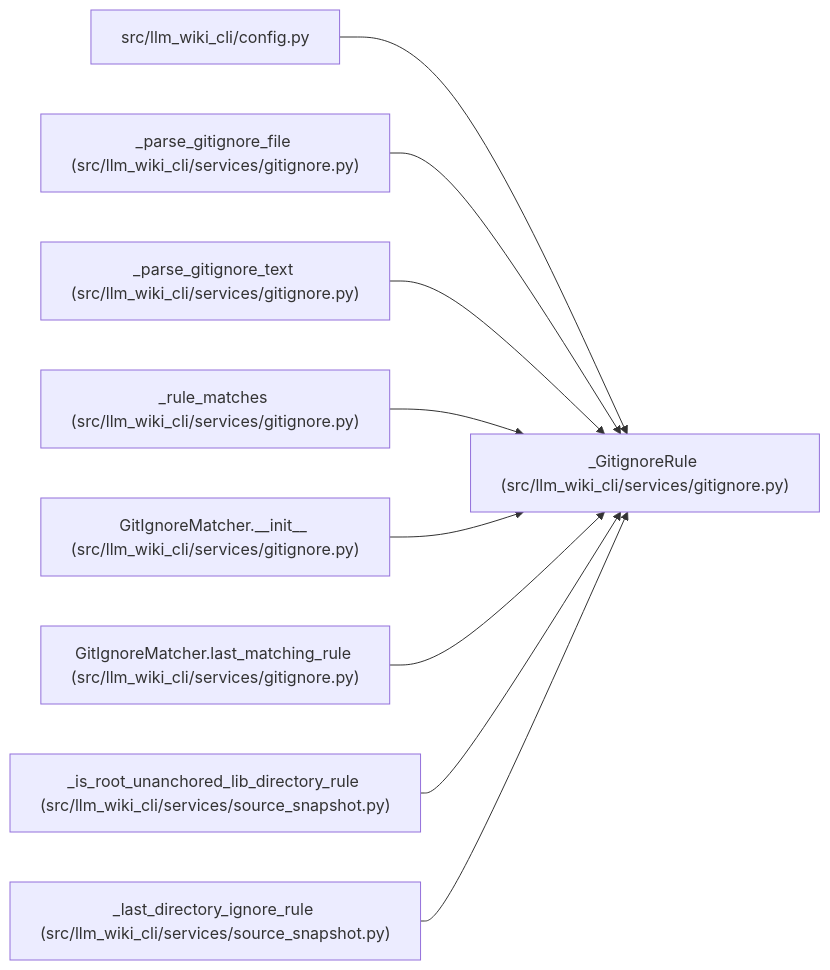
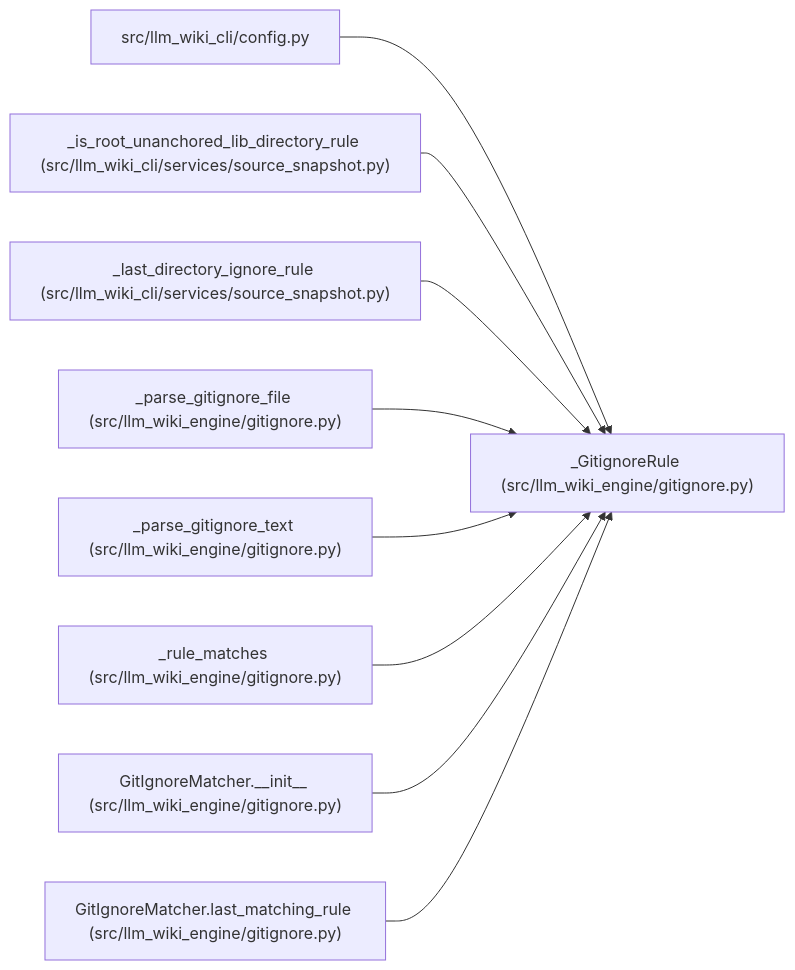
One commit to Denissvgn/python-wiki-llm changed the diagram in docs/llm_wiki/entities/GitignoreRule.md. Above: the diagram before and after it, drawn with Mermaid. The commit also changed other lines of this file and 739 other files, not shown here.

First line of the commit message:
docs: refresh the wiki for the second engine batch

````diff
--- a/docs/llm_wiki/entities/GitignoreRule.md
+++ b/docs/llm_wiki/entities/GitignoreRule.md
@@ -31,29 +31,29 @@
 ```mermaid
 flowchart LR
-    n0["_GitignoreRule (src/llm_wiki_cli/services/gitignore.py)"]
+    n0["_GitignoreRule (src/llm_wiki_engine/gitignore.py)"]
     n1["src/llm_wiki_cli/config.py"]
-    n2["_parse_gitignore_file (src/llm_wiki_cli/services/gitignore.py)"]
-    n3["_parse_gitignore_text (src/llm_wiki_cli/services/gitignore.py)"]
-    n4["_rule_matches (src/llm_wiki_cli/services/gitignore.py)"]
-    n5["GitIgnoreMatcher.__init__ (src/llm_wiki_cli/services/gitignore.py)"]
-    n6["GitIgnoreMatcher.last_matching_rule (src/llm_wiki_cli/services/gitignore.py)"]
-    n7["_is_root_unanchored_lib_directory_rule (src/llm_wiki_cli/services/source_snapshot.py)"]
-    n8["_last_directory_ignore_rule (src/llm_wiki_cli/services/source_snapshot.py)"]
+    n2["_is_root_unanchored_lib_directory_rule (src/llm_wiki_cli/services/source_snapshot.py)"]
+    n3["_last_directory_ignore_rule (src/llm_wiki_cli/services/source_snapshot.py)"]
+    n4["_parse_gitignore_file (src/llm_wiki_engine/gitignore.py)"]
+    n5["_parse_gitignore_text (src/llm_wiki_engine/gitignore.py)"]
+    n6["_rule_matches (src/llm_wiki_engine/gitignore.py)"]
+    n7["GitIgnoreMatcher.__init__ (src/llm_wiki_engine/gitignore.py)"]
+    n8["GitIgnoreMatcher.last_matching_rule (src/llm_wiki_engine/gitignore.py)"]
     n1 --> n0
     n2 --> n0
     n3 --> n0
     n4 --> n0
     n5 --> n0
     n6 --> n0
     n7 --> n0
     n8 --> n0
     click n0 "../modules/gitignore.md"
     click n1 "../modules/config.md"
-    click n2 "../modules/gitignore.md"
-    click n3 "../modules/gitignore.md"
+    click n2 "../modules/source_snapshot.md"
+    click n3 "../modules/source_snapshot.md"
     click n4 "../modules/gitignore.md"
     click n5 "../modules/gitignore.md"
     click n6 "../modules/gitignore.md"
-    click n7 "../modules/source_snapshot.md"
-    click n8 "../modules/source_snapshot.md"
+    click n7 "../modules/gitignore.md"
+    click n8 "../modules/gitignore.md"
 ```
````
